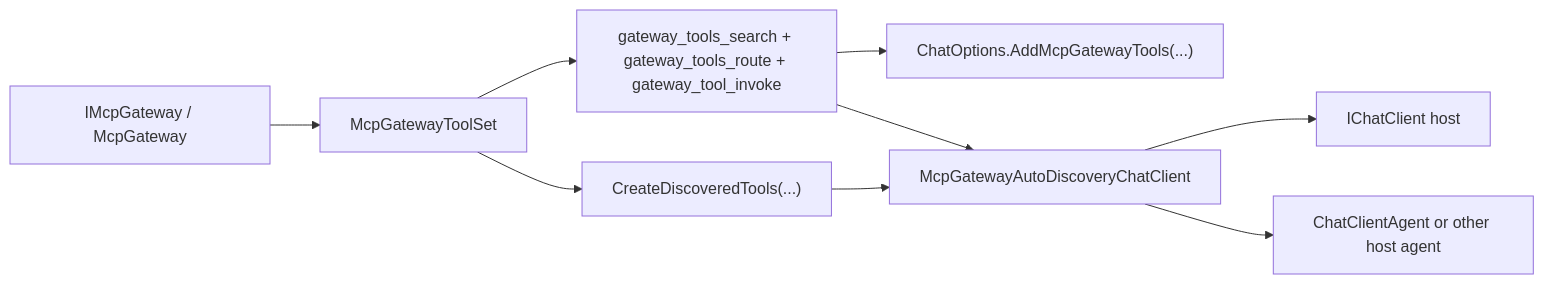
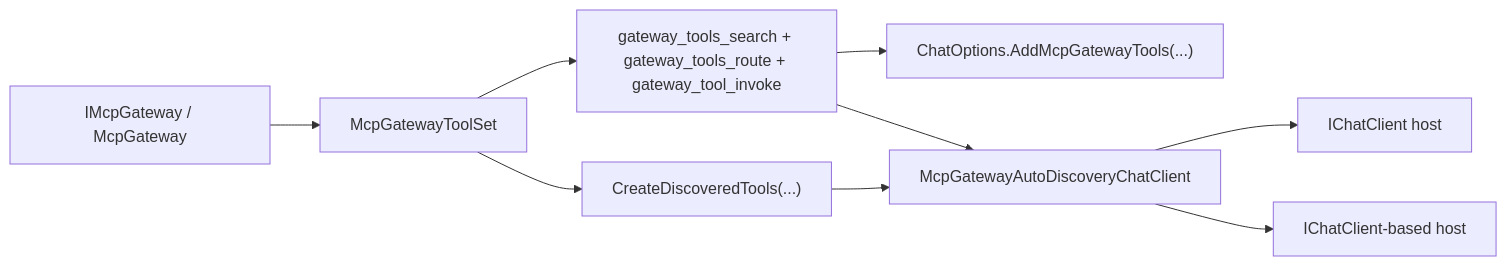
One commit to managedcode/MCPGateway changed the diagram in docs/ADR/ADR-0003-reusable-chat-client-and-agent-tool-modules.md. Above: the diagram before and after it, drawn with Mermaid. The commit also changed other lines of this file and 95 other files, not shown here.

````diff
--- a/docs/ADR/ADR-0003-reusable-chat-client-and-agent-tool-modules.md
+++ b/docs/ADR/ADR-0003-reusable-chat-client-and-agent-tool-modules.md
@@ -42,11 +39,11 @@
 ```mermaid
 flowchart LR
     Gateway["IMcpGateway / McpGateway"] --> ToolSet["McpGatewayToolSet"]
     ToolSet --> MetaTools["gateway_tools_search + gateway_tools_route + gateway_tool_invoke"]
     ToolSet --> Discovered["CreateDiscoveredTools(...)"]
     MetaTools --> ChatOptions["ChatOptions.AddMcpGatewayTools(...)"]
     MetaTools --> AutoDiscovery["McpGatewayAutoDiscoveryChatClient"]
     Discovered --> AutoDiscovery
     AutoDiscovery --> ChatClient["IChatClient host"]
-    AutoDiscovery --> Agent["ChatClientAgent or other host agent"]
+    AutoDiscovery --> Agent["IChatClient-based host"]
 ```
````
